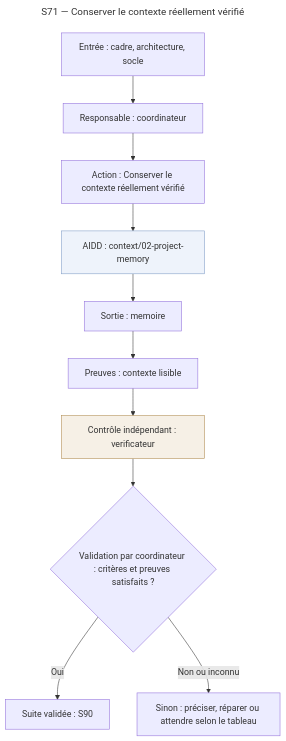
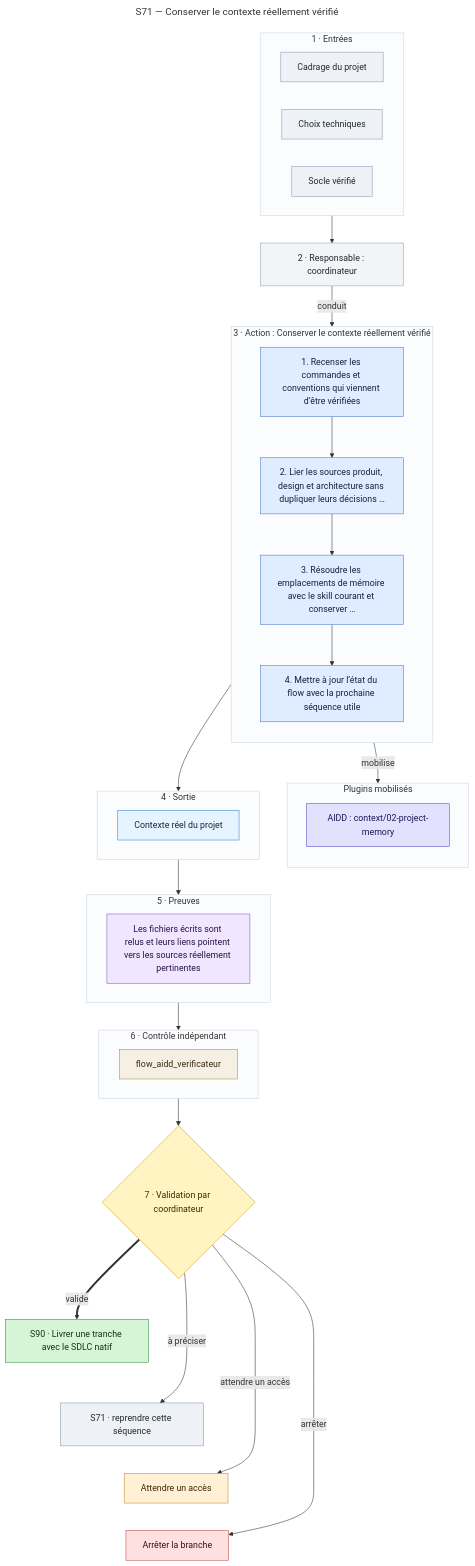
One commit to yanix2445/flow-aidd changed diagram 12 of 21 in docs/schemas/schemas.md. Above: the diagram before and after it, drawn with Mermaid. The commit also changed other lines of this file and 23 other files, not shown here.

First line of the commit message:
docs(schemas): redraw Mermaid schemas with aidd-context:09-mermaid

````diff
--- a/docs/schemas/schemas.md
+++ b/docs/schemas/schemas.md
@@ -401,27 +1098,82 @@
 title: "S71 — Conserver le contexte réellement vérifié"
 ---
 flowchart TB
-  Entree["Entrée : cadre, architecture, socle"]
-  Responsable["Responsable : coordinateur"]
-  Action["Action : Conserver le contexte réellement vérifié"]
-  Plugins["AIDD : context/02-project-memory"]
-  Sortie["Sortie : memoire"]
-  Preuve["Preuves : contexte lisible"]
-  Controle["Contrôle indépendant : verificateur"]
-  Validation{"Validation par coordinateur : critères et preuves satisfaits ?"}
-  Destination["Suite validée : S90"]
-  AutreIssue["Sinon : préciser, réparer ou attendre selon le tableau"]
-  Entree --> Responsable
-  Responsable --> Action
-  Action --> Plugins
-  Plugins --> Sortie
-  Sortie --> Preuve
-  Preuve --> Controle
+  subgraph Entrees["1 · Entrées"]
+    EntreeCadre["Cadrage du projet"]
+    EntreeArchitecture["Choix techniques"]
+    EntreeSocle["Socle vérifié"]
+  end
+  Responsable["2 · Responsable : coordinateur"]
+  subgraph Action["3 · Action : Conserver le contexte réellement vérifié"]
+    direction TB
+    Etape1["1. Recenser les commandes et conventions qui viennent d’être vérifiées"]
+    Etape2["2. Lier les sources produit, design et architecture sans dupliquer leurs décisions …"]
+    Etape3["3. Résoudre les emplacements de mémoire avec le skill courant et conserver …"]
+    Etape4["4. Mettre à jour l’état du flow avec la prochaine séquence utile"]
+  end
+  subgraph Plugins["Plugins mobilisés"]
+    direction TB
+    PluginsAidd["AIDD : context/02-project-memory"]
+  end
+  subgraph Sortie["4 · Sortie"]
+    SortieMemoire["Contexte réel du projet"]
+  end
+  subgraph Preuves["5 · Preuves"]
+    PreuveContexteLisible["Les fichiers écrits sont relus et leurs liens pointent vers les sources réellement pertinentes"]
+  end
+  subgraph Controle["6 · Contrôle indépendant"]
+    AgentVerificateur["flow_aidd_verificateur"]
+  end
+  Validation{"7 · Validation par coordinateur"}
+  VersS90["S90 · Livrer une tranche avec le SDLC natif"]
+  VersS71["S71 · reprendre cette séquence"]
+  VersWAIT_ACCESS["Attendre un accès"]
+  VersSTOP["Arrêter la branche"]
+  Entrees --> Responsable
+  Responsable -- "conduit" --> Action
+  Etape1 --> Etape2
+  Etape2 --> Etape3
+  Etape3 --> Etape4
+  Action -- "mobilise" --> Plugins
+  Action --> Sortie
+  Sortie --> Preuves
+  Preuves --> Controle
   Controle --> Validation
-  Validation -- "Oui" --> Destination
-  Validation -- "Non ou inconnu" --> AutreIssue
-  classDef plugins fill:#eef3fb,stroke:#7f9cc7
-  class Plugins plugins
-  classDef controle fill:#f6f0e6,stroke:#b08a4f
-  class Controle controle
+  VersS90 ~~~ VersS71
+  VersS71 ~~~ VersWAIT_ACCESS
+  VersWAIT_ACCESS ~~~ VersSTOP
+  Validation == "valide" ==> VersS90
+  Validation -- "à préciser" --> VersS71
+  Validation -- "attendre un accès" --> VersWAIT_ACCESS
+  Validation -- "arrêter" --> VersSTOP
+  classDef entree fill:#eef2f7,stroke:#8a9bb0,color:#1f2933
+  classDef responsable fill:#f3f4f6,stroke:#9ca3af,color:#1f2933
+  classDef etape fill:#e0ecff,stroke:#4a78c2,color:#10243f
+  classDef aidd fill:#e4e1ff,stroke:#5b4fc7,color:#1d1554
+  classDef sortie fill:#e6f4ff,stroke:#3b82c4,color:#0b2a44
+  classDef preuve fill:#f1e6ff,stroke:#8b5cc7,color:#2b1247
+  classDef controle fill:#f6efe3,stroke:#b08a4f,color:#3a2a10
+  classDef validation fill:#fff4c2,stroke:#c9a227,color:#3a2e00
+  classDef ok fill:#d6f5d6,stroke:#2f8f46,color:#0d3318
+  classDef retour fill:#eef2f7,stroke:#8a9bb0,color:#1f2933
+  classDef attente fill:#fff0d6,stroke:#c98a2b,color:#3a2600
+  classDef stop fill:#ffe0e0,stroke:#c24a4a,color:#3d0f0f
+  class EntreeCadre,EntreeArchitecture,EntreeSocle entree
+  class Responsable responsable
+  class Etape1,Etape2,Etape3,Etape4 etape
+  class PluginsAidd aidd
+  class SortieMemoire sortie
+  class PreuveContexteLisible preuve
+  class AgentVerificateur controle
+  class Validation validation
+  class VersS90 ok
+  class VersS71 retour
+  class VersWAIT_ACCESS attente
+  class VersSTOP stop
+  style Entrees fill:#fbfcfe,stroke:#cbd5e1
+  style Action fill:#fbfcfe,stroke:#cbd5e1
+  style Plugins fill:#fbfcfe,stroke:#cbd5e1
+  style Sortie fill:#fbfcfe,stroke:#cbd5e1
+  style Preuves fill:#fbfcfe,stroke:#cbd5e1
+  style Controle fill:#fbfcfe,stroke:#cbd5e1
 ```
````
